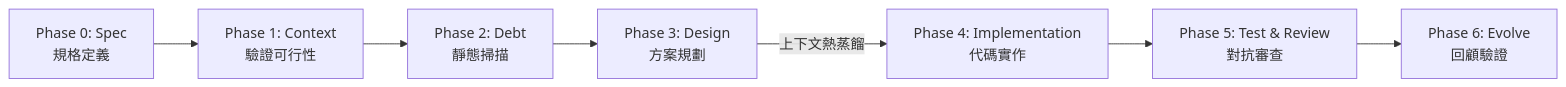
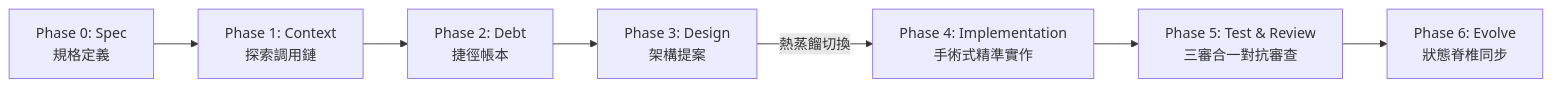
The third of 4 diagrams in README.md (PingpowerTW/7-Phase-Agentic-Workflow), drawn with Mermaid before and after one commit. The commit also changed other lines of this file and 5 other files, not shown here.

````diff
--- a/README.md
+++ b/README.md
@@ -136,9 +152,9 @@
 ```mermaid
 flowchart LR
-    P0["Phase 0: Spec<br/>規格定義"] --> P1["Phase 1: Context<br/>驗證可行性"]
-    P1 --> P2["Phase 2: Debt<br/>靜態掃描"]
-    P2 --> P3["Phase 3: Design<br/>方案規劃"]
-    P3 -->|"上下文熱蒸餾"| P4["Phase 4: Implementation<br/>代碼實作"]
-    P4 --> P5["Phase 5: Test & Review<br/>對抗審查"]
-    P5 --> P6["Phase 6: Evolve<br/>回顧驗證"]
+    P0["Phase 0: Spec<br/>規格定義"] --> P1["Phase 1: Context<br/>探索調用鏈"]
+    P1 --> P2["Phase 2: Debt<br/>捷徑帳本"]
+    P2 --> P3["Phase 3: Design<br/>架構提案"]
+    P3 -->|"熱蒸餾切換"| P4["Phase 4: Implementation<br/>手術式精準實作"]
+    P4 --> P5["Phase 5: Test & Review<br/>三審合一對抗審查"]
+    P5 --> P6["Phase 6: Evolve<br/>狀態脊椎同步"]
 ```
````
